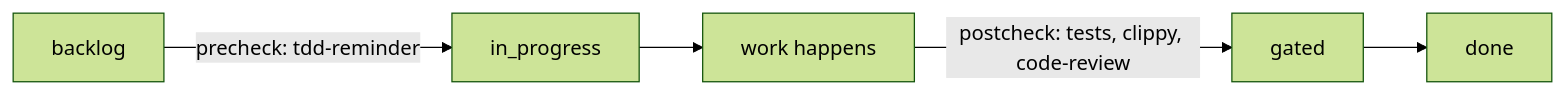
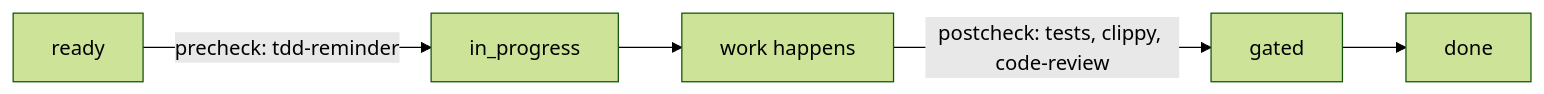
One commit to erankavija/just-in-time changed the fifth of 9 diagrams in docs/concepts/core-model.md. Above: the diagram before and after it, drawn with Mermaid (forest theme). The commit also changed other lines of this file and 26 other files, not shown here.

````diff
--- a/docs/concepts/core-model.md
+++ b/docs/concepts/core-model.md
@@ -555,7 +555,7 @@
 ```mermaid
 flowchart LR
-    B[backlog] -->|"precheck: tdd-reminder"| P[in_progress]
+    R[ready] -->|"precheck: tdd-reminder"| P[in_progress]
     P --> W[work happens]
     W -->|"postcheck: tests, clippy, code-review"| G[gated]
     G --> D[done]
 ```
````
